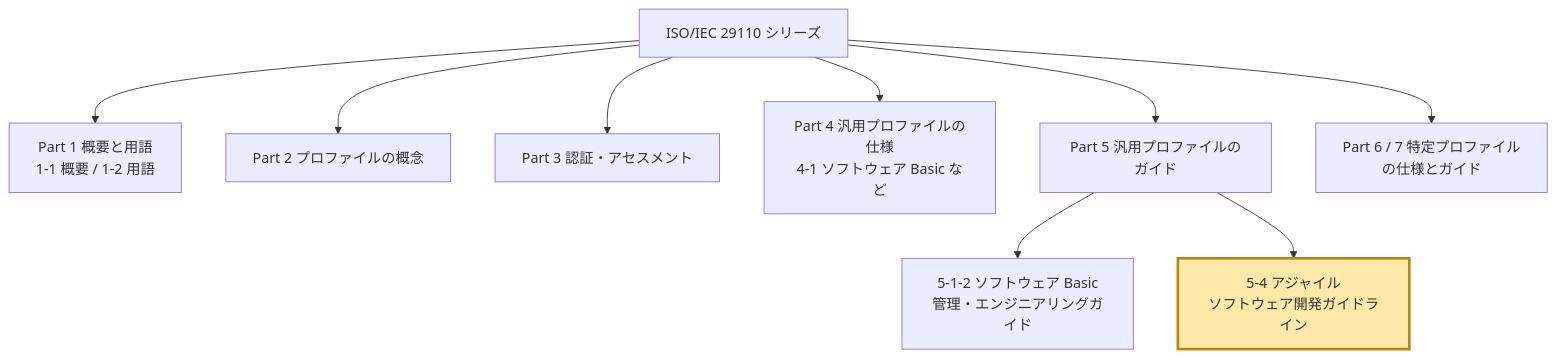
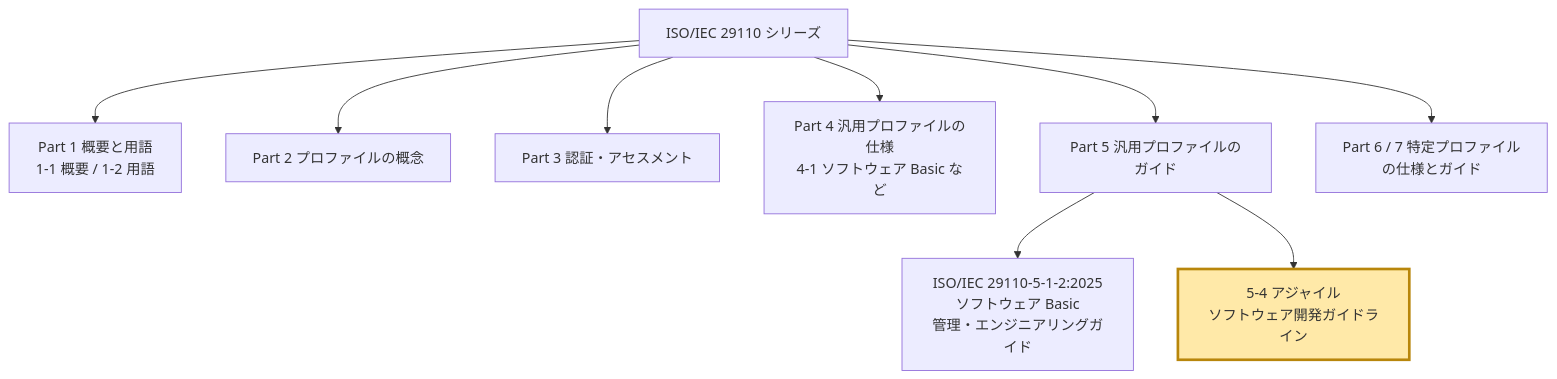
Before and after one commit to myoshi2891/Quality-Assurance-Studies: the first of 10 diagrams in Iso-iec-29110-5-4-2025-beginner-guide.md, drawn with Mermaid. The commit also changed other lines of this file, not shown here.

Commit message:
docs(iso-29110-5-4): 参照規格ISO/IEC 29110-5-1-2:2025の正式表記統一および成果物最小化に関する記述の精緻化

````diff
--- a/Iso-iec-29110-5-4-2025-beginner-guide.md
+++ b/Iso-iec-29110-5-4-2025-beginner-guide.md
@@ -57,13 +57,13 @@
 ```mermaid
 flowchart TD
   S["ISO/IEC 29110 シリーズ"]
   S --> P1["Part 1 概要と用語<br/>1-1 概要 / 1-2 用語"]
   S --> P2["Part 2 プロファイルの概念"]
   S --> P3["Part 3 認証・アセスメント"]
   S --> P4["Part 4 汎用プロファイルの仕様<br/>4-1 ソフトウェア Basic など"]
   S --> P5["Part 5 汎用プロファイルのガイド"]
   S --> P67["Part 6 / 7 特定プロファイルの仕様とガイド"]
-  P5 --> P512["5-1-2 ソフトウェア Basic<br/>管理・エンジニアリングガイド"]
+  P5 --> P512["ISO/IEC 29110-5-1-2:2025<br/>ソフトウェア Basic<br/>管理・エンジニアリングガイド"]
   P5 --> P54["5-4 アジャイル<br/>ソフトウェア開発ガイドライン"]
   style P54 fill:#ffe9a8,stroke:#b8860b,stroke-width:3px
 ```
````
